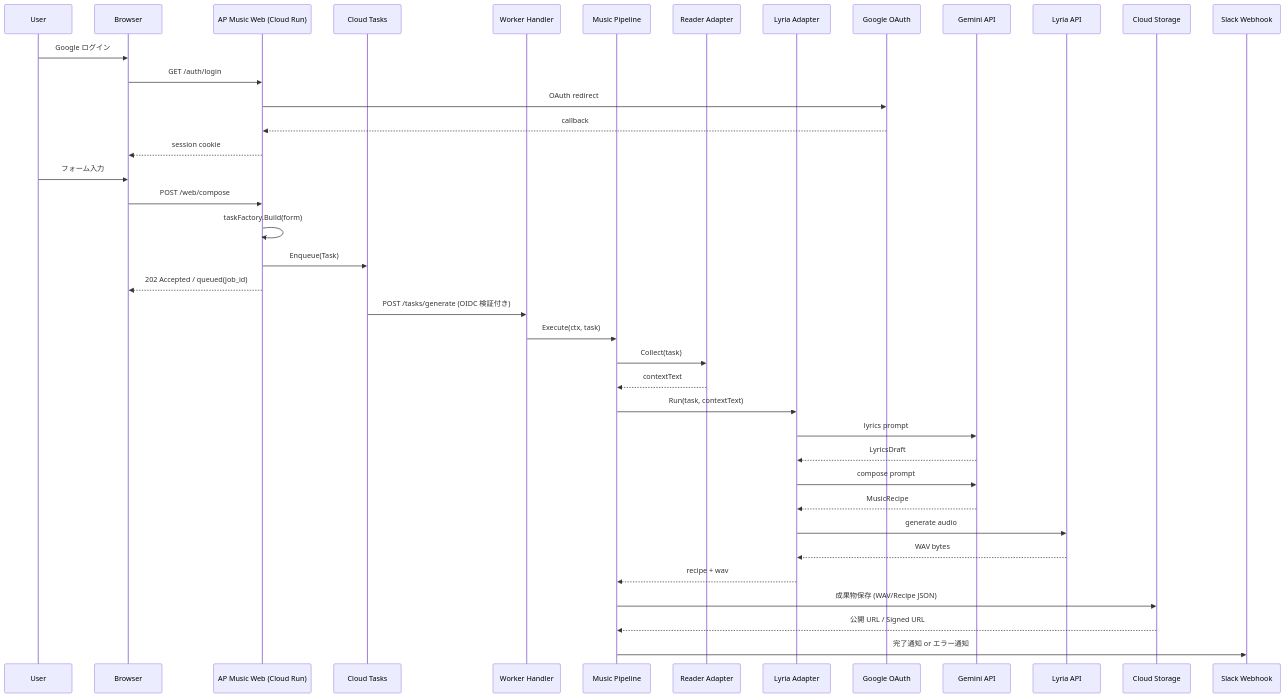
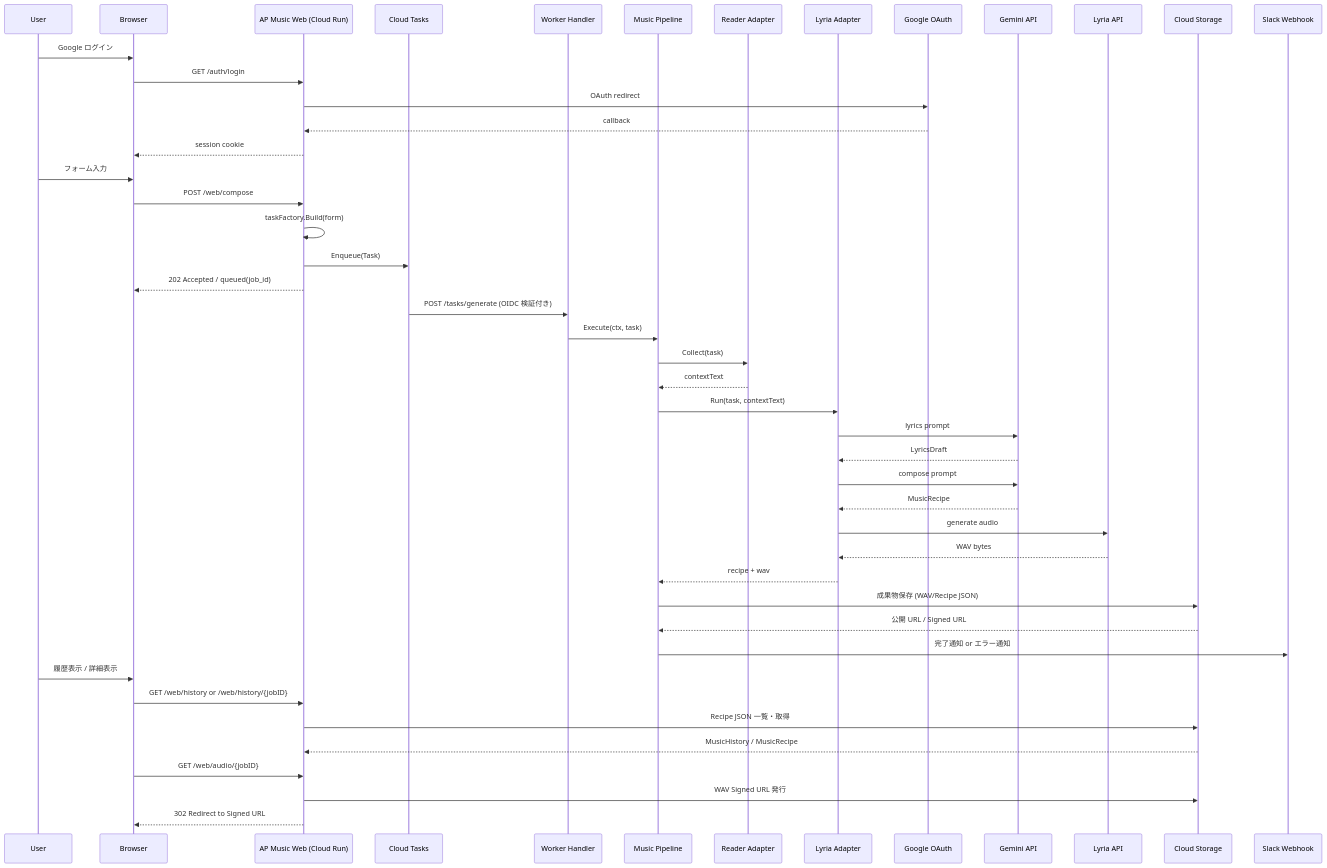
Before and after one commit to shouni/ap-music: the diagram in README.md, drawn with Mermaid. The commit also changed other lines of this file, not shown here.

Commit message:
Add `History` feature to display and preview generated jobs with GCS-stored artifacts. Update README and templates for detailed usage documentation and UI support.

````diff
--- a/README.md
+++ b/README.md
@@ -147,47 +160,55 @@
 ```mermaid
 sequenceDiagram
     participant User as User
     participant Browser as Browser
     participant Web as AP Music Web (Cloud Run)
     participant Queue as Cloud Tasks
     participant Worker as Worker Handler
     participant Pipeline as Music Pipeline
     participant Collector as Reader Adapter
     participant Runner as Lyria Adapter
     participant Auth as Google OAuth
     participant Gemini as Gemini API
     participant Lyria as Lyria API
     participant GCS as Cloud Storage
     participant Slack as Slack Webhook
 
     User->>Browser: Google ログイン
     Browser->>Web: GET /auth/login
     Web->>Auth: OAuth redirect
     Auth-->>Web: callback
     Web-->>Browser: session cookie
 
     User->>Browser: フォーム入力
     Browser->>Web: POST /web/compose
     Web->>Web: taskFactory.Build(form)
     Web->>Queue: Enqueue(Task)
     Web-->>Browser: 202 Accepted / queued(job_id)
 
     Queue->>Worker: POST /tasks/generate (OIDC 検証付き)
     Worker->>Pipeline: Execute(ctx, task)
 
     Pipeline->>Collector: Collect(task)
     Collector-->>Pipeline: contextText
 
     Pipeline->>Runner: Run(task, contextText)
     Runner->>Gemini: lyrics prompt
     Gemini-->>Runner: LyricsDraft
     Runner->>Gemini: compose prompt
     Gemini-->>Runner: MusicRecipe
     Runner->>Lyria: generate audio
     Lyria-->>Runner: WAV bytes
     Runner-->>Pipeline: recipe + wav
 
     Pipeline->>GCS: 成果物保存 (WAV/Recipe JSON)
     GCS-->>Pipeline: 公開 URL / Signed URL
     Pipeline->>Slack: 完了通知 or エラー通知
+
+    User->>Browser: 履歴表示 / 詳細表示
+    Browser->>Web: GET /web/history or /web/history/{jobID}
+    Web->>GCS: Recipe JSON 一覧・取得
+    GCS-->>Web: MusicHistory / MusicRecipe
+    Browser->>Web: GET /web/audio/{jobID}
+    Web->>GCS: WAV Signed URL 発行
+    Web-->>Browser: 302 Redirect to Signed URL
 ```
````
